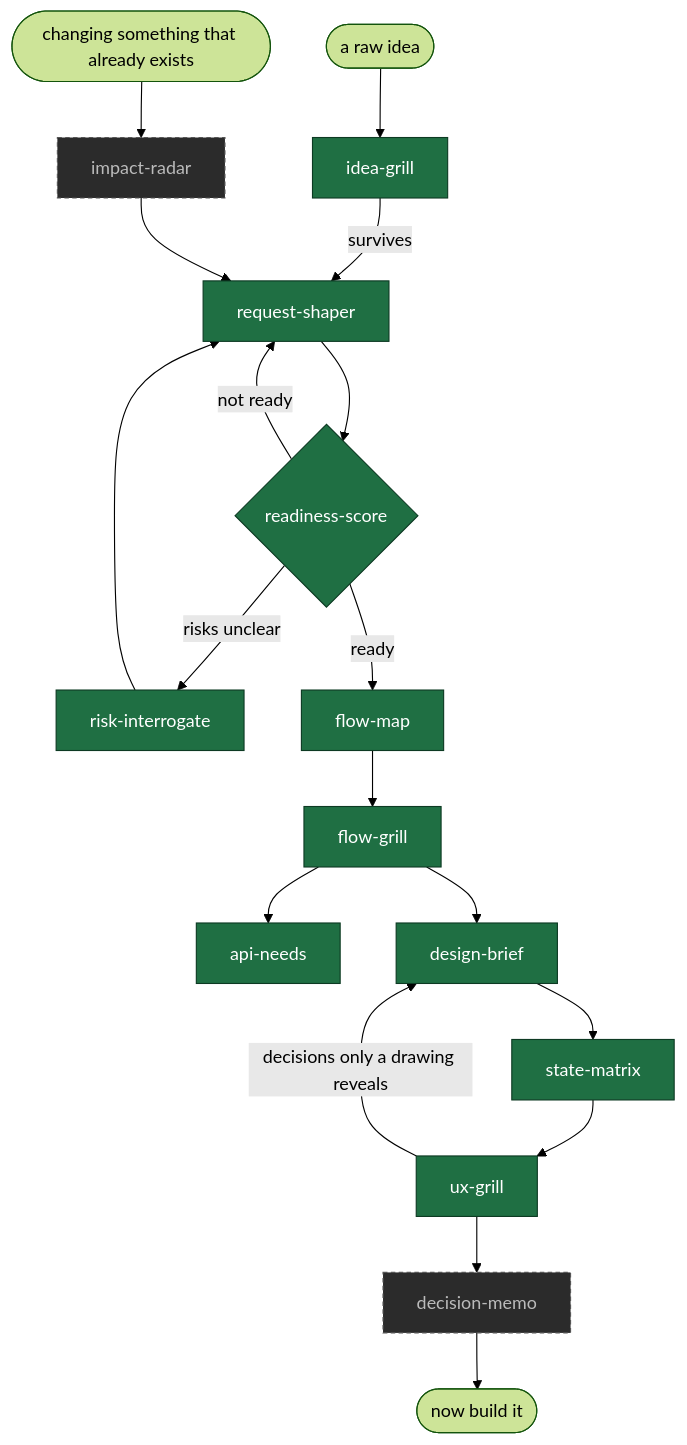
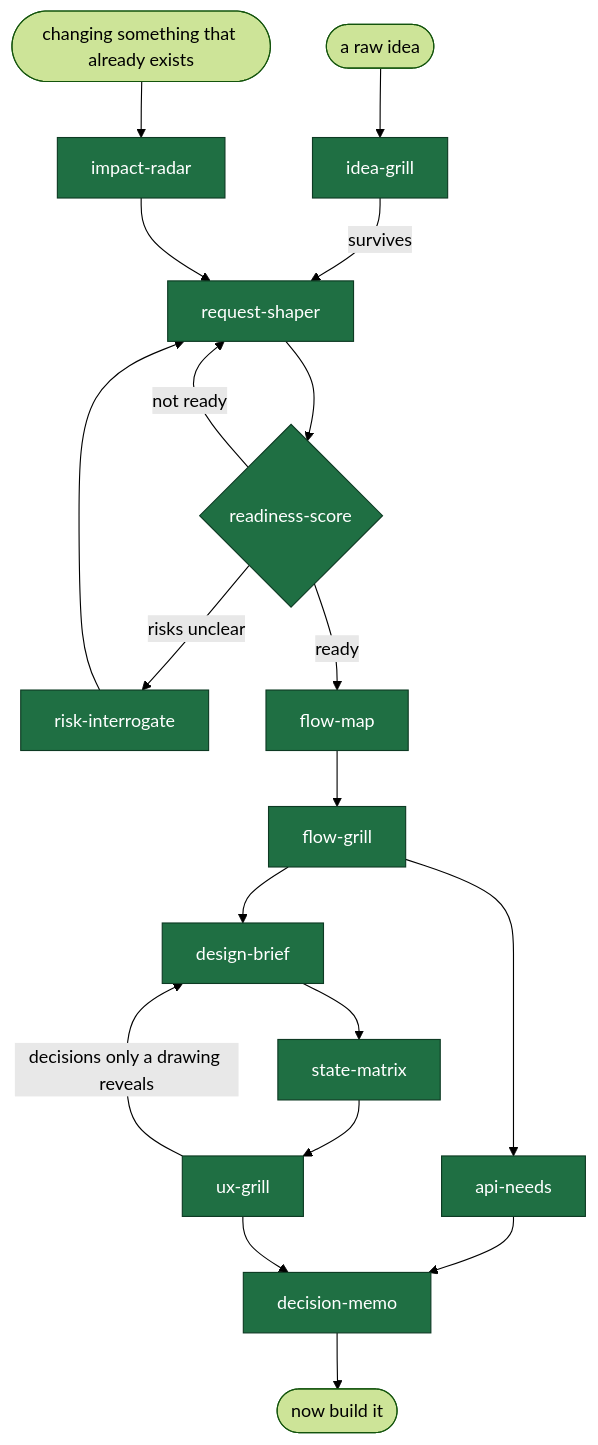
Before and after one commit to ratipcan-uysal/before-you-build: the diagram in README.md, drawn with Mermaid (forest theme). The commit also changed other lines of this file and 7 other files, not shown here.

````diff
--- a/README.md
+++ b/README.md
@@ -36,25 +36,25 @@
 ```mermaid
 flowchart TD
     idea([a raw idea]) --> IG[idea-grill]
     IG -->|survives| RS[request-shaper]
     RS --> SC{readiness-score}
     SC -->|not ready| RS
     SC -->|risks unclear| RI[risk-interrogate]
     RI --> RS
     SC -->|ready| FM[flow-map]
     FM --> FG[flow-grill]
     FG --> AN[api-needs]
+    AN --> DM
     FG --> DB[design-brief]
     DB --> SM[state-matrix]
     SM --> UX[ux-grill]
     UX -->|decisions only a drawing reveals| DB
     UX --> DM[decision-memo]
     DM --> out([now build it])
     change([changing something that already exists]) --> IR[impact-radar]
     IR --> RS
 
     classDef shipped fill:#1f6f43,stroke:#0d3a23,color:#fff
     classDef planned fill:#2b2b2b,stroke:#555,color:#bbb,stroke-dasharray:4 3
-    class IG,RS,SC,RI,DB,UX,SM,FM,FG,AN shipped
-    class IR,DM planned
+    class IG,RS,SC,RI,DB,UX,SM,FM,FG,AN,IR,DM shipped
 ```
````
